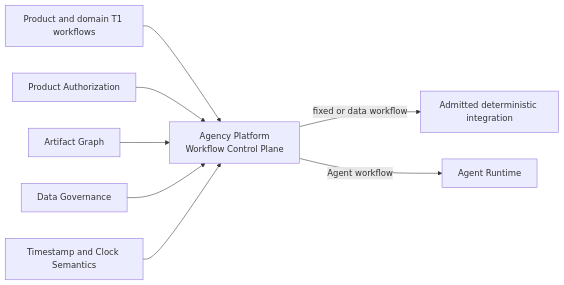
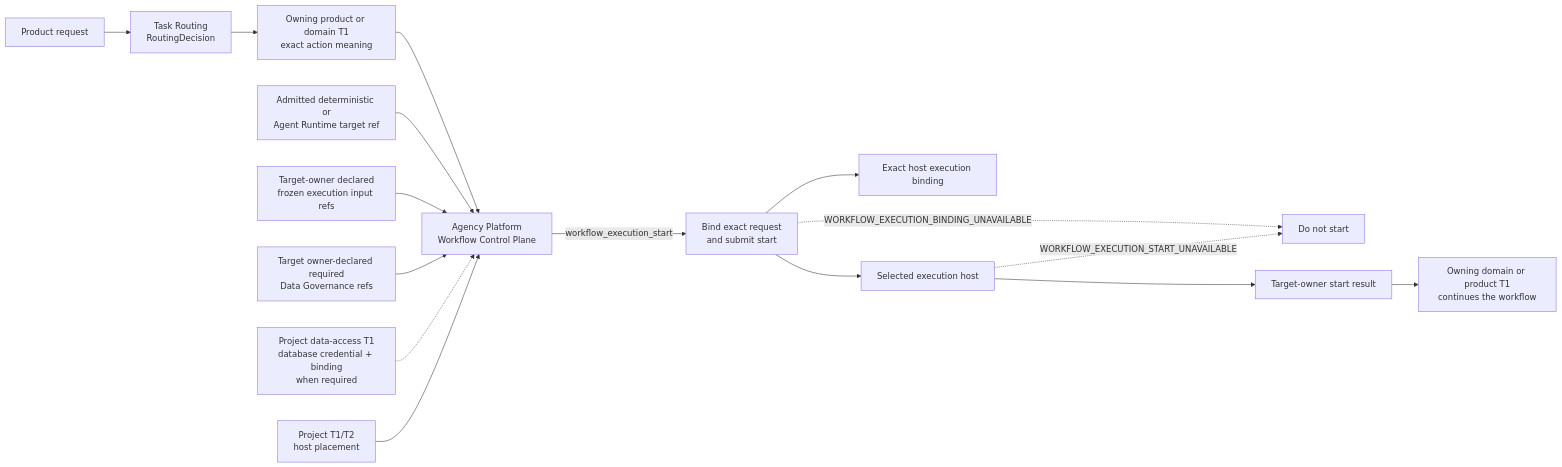
One commit to bobaoai/agent_runtime changed the diagram in 09_soul/governance/t0/the_agency_platform.md. Above: the diagram before and after it, drawn with Mermaid. The commit also changed other lines of this file and 195 other files, not shown here.

````diff
--- a/09_soul/governance/t0/the_agency_platform.md
+++ b/09_soul/governance/t0/the_agency_platform.md
@@ -290,10 +78,18 @@
 ```mermaid
 flowchart LR
-    DOMAIN["Product and domain T1 workflows"] --> CONTROL["Agency Platform<br/>Workflow Control Plane"]
-    AUTHZ["Product Authorization"] --> CONTROL
-    CONTROL -->|"fixed or data workflow"| FIXED["Admitted deterministic integration"]
-    CONTROL -->|"Agent workflow"| RUNTIME["Agent Runtime"]
-    ARTIFACT["Artifact Graph"] --> CONTROL
-    DATA["Data Governance"] --> CONTROL
-    TIME["Timestamp and Clock Semantics"] --> CONTROL
+    REQUEST["Product request"] --> ROUTE["Task Routing<br/>RoutingDecision"]
+    ROUTE --> ACTION["Owning product or domain T1<br/>exact action meaning"]
+    ACTION --> CONTROL["Agency Platform<br/>Workflow Control Plane"]
+    TARGET["Admitted deterministic or<br/>Agent Runtime target ref"] --> CONTROL
+    INPUT["Target-owner declared<br/>frozen execution input refs"] --> CONTROL
+    DATA["Target owner-declared required<br/>Data Governance refs"] --> CONTROL
+    DBINPUT["Project data-access T1<br/>database credential + binding<br/>when required"] -.-> CONTROL
+    PLACEMENT["Project T1/T2<br/>host placement"] --> CONTROL
+    CONTROL -->|"workflow_execution_start"| START["Bind exact request<br/>and submit start"]
+    START --> BINDING["Exact host execution binding"]
+    START --> EXECUTE["Selected execution host"]
+    START -.->|"WORKFLOW_EXECUTION_BINDING_UNAVAILABLE"| REJECT["Do not start"]
+    EXECUTE --> RESULT["Target-owner start result"]
+    EXECUTE -.->|"WORKFLOW_EXECUTION_START_UNAVAILABLE"| REJECT
+    RESULT --> DOMAIN["Owning domain or product T1<br/>continues the workflow"]
 ```
````
